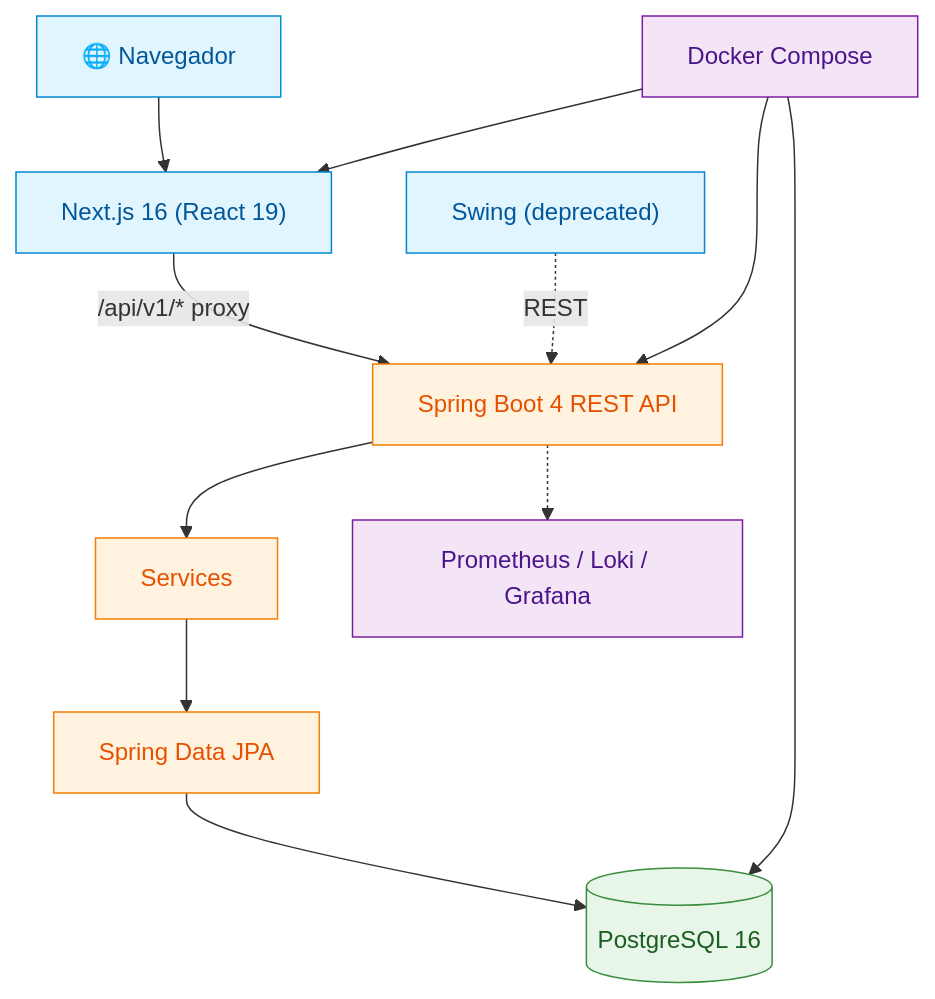
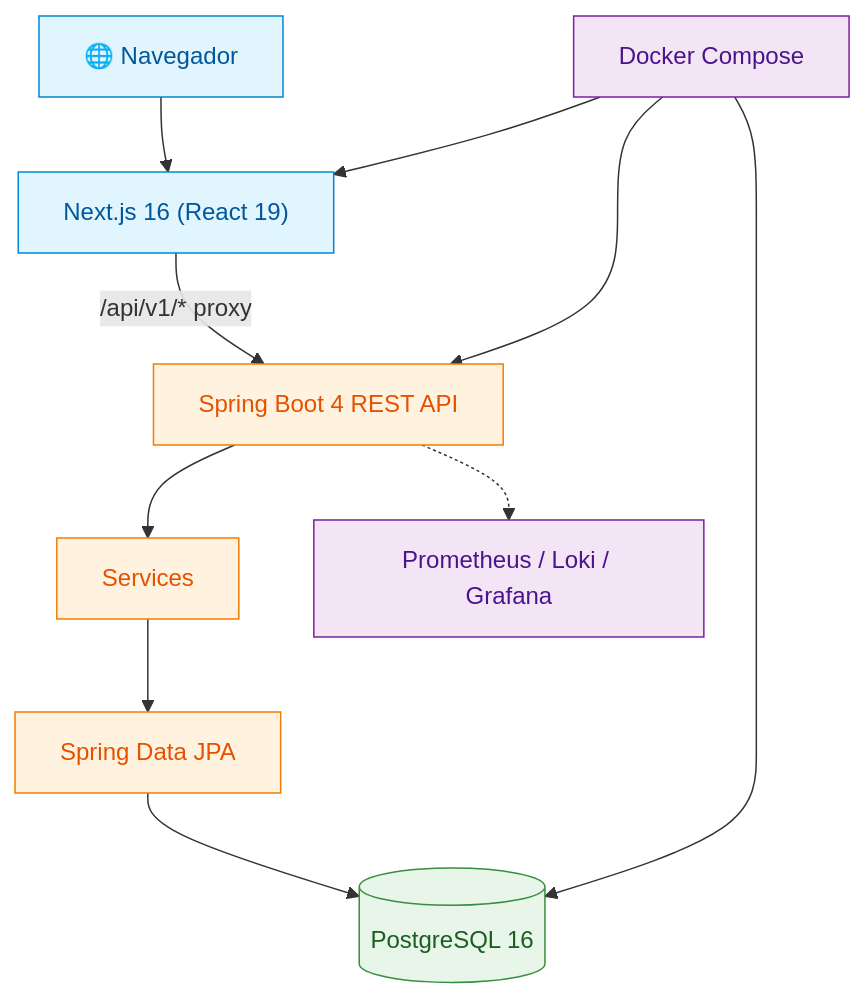
Before and after one commit to matiaspakua/notaire: the diagram in README.md, drawn with Mermaid. The commit also changed other lines of this file and 9 other files, not shown here.

````diff
--- a/README.md
+++ b/README.md
@@ -60,16 +60,15 @@
 ```mermaid
 flowchart TD
     classDef client fill:#e1f5fe,stroke:#0288d1,color:#01579b
     classDef backend fill:#fff3e0,stroke:#f57c00,color:#e65100
     classDef data fill:#e8f5e9,stroke:#388e3c,color:#1b5e20
     classDef infra fill:#f3e5f5,stroke:#7b1fa2,color:#4a148c
 
     BROWSER["🌐 Navegador"]:::client --> NEXT["Next.js 16 (React 19)"]:::client
     NEXT -->|"/api/v1/* proxy"| API["Spring Boot 4 REST API"]:::backend
-    SWING["Swing (deprecated)"]:::client -.->|"REST"| API
     API --> SVC["Services"]:::backend --> REPO["Spring Data JPA"]:::backend --> PG[("PostgreSQL 16")]:::data
     API -.-> OBS["Prometheus / Loki / Grafana"]:::infra
     DOCKER["Docker Compose"]:::infra --> API
     DOCKER --> NEXT
     DOCKER --> PG
 ```
````
